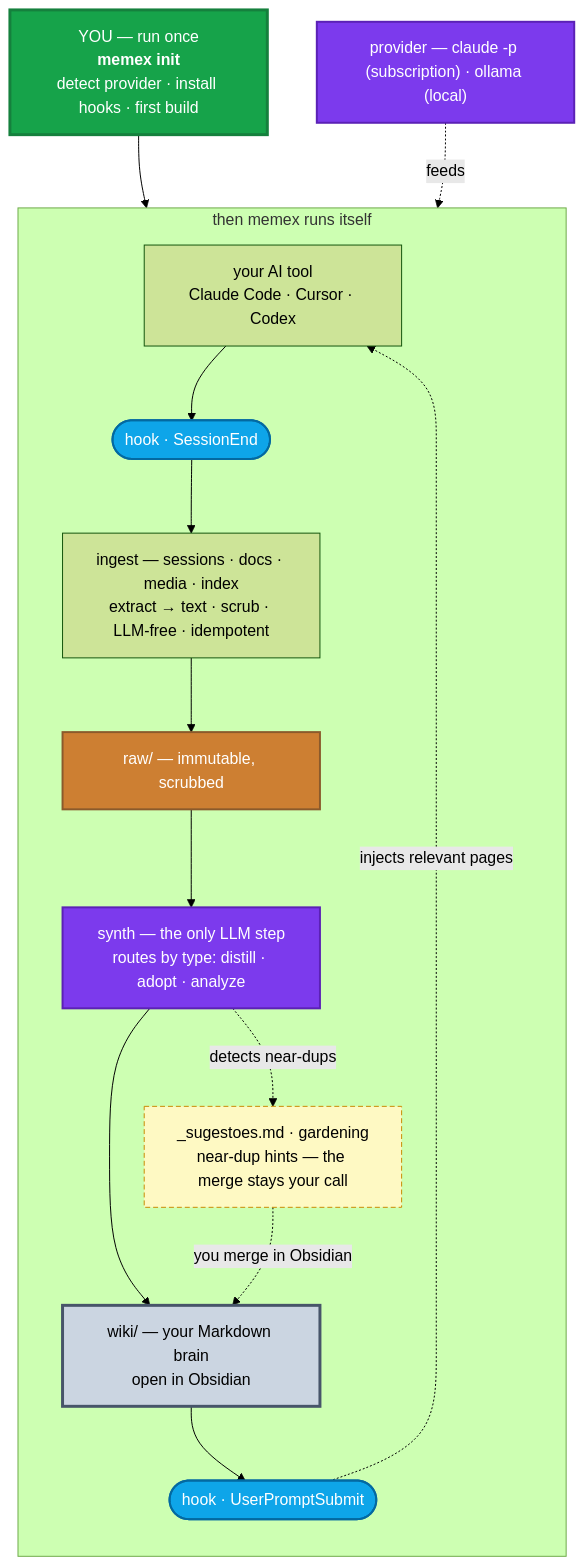
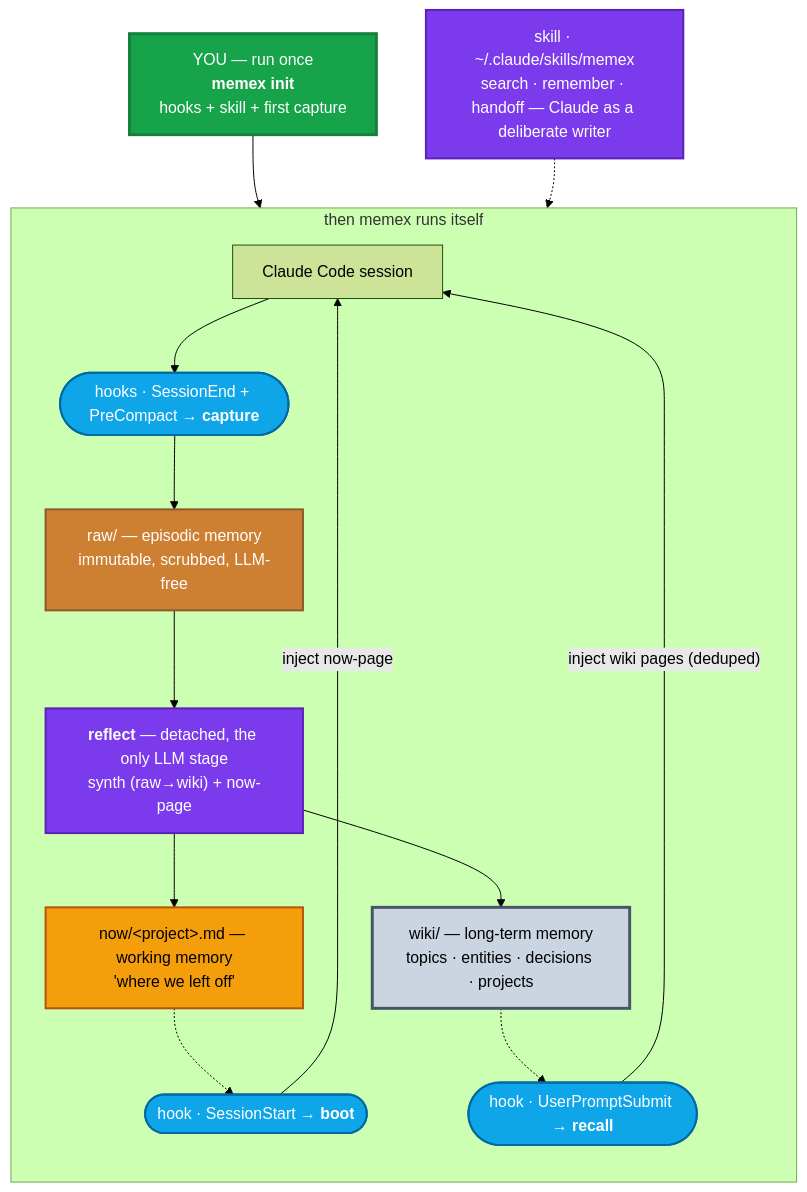
The diagram in README.md (GianCdM/memex), drawn with Mermaid (forest theme) before and after one commit. The commit also changed other lines of this file and 31 other files, not shown here.

First line of the commit message:
feat!: memex v2 — the active brain (working memory + full harness loop)

````diff
--- a/README.md
+++ b/README.md
@@ -27,32 +27,35 @@
 ```mermaid
 flowchart TB
   classDef you fill:#16a34a,color:#fff,stroke:#15803d,stroke-width:3px
   classDef hook fill:#0ea5e9,color:#fff,stroke:#0369a1,stroke-width:2px
   classDef llm fill:#7c3aed,color:#fff,stroke:#5b21b6,stroke-width:2px
   classDef bronze fill:#cd7f32,color:#fff,stroke:#8b5a2b,stroke-width:2px
   classDef wiki fill:#cbd5e1,color:#000,stroke:#475569,stroke-width:3px
-  classDef hint fill:#fef9c3,color:#000,stroke:#ca8a04,stroke-dasharray:5 3
+  classDef nowc fill:#f59e0b,color:#000,stroke:#b45309,stroke-width:2px
 
-  YOU["YOU — run once<br/><b>memex init</b><br/>detect provider · install hooks · first build"]:::you
+  YOU["YOU — run once<br/><b>memex init</b><br/>hooks + skill + first capture"]:::you
 
   subgraph AUTO["then memex runs itself"]
     direction TB
-    HARNESS["your AI tool<br/>Claude Code · Cursor · Codex"]
-    SE(["hook · SessionEnd"]):::hook
-    ING["ingest — sessions · docs · media · index<br/>extract → text · scrub · LLM-free · idempotent"]
-    RAW["raw/ — immutable, scrubbed"]:::bronze
-    SYN["synth — the only LLM step<br/>routes by type: distill · adopt · analyze"]:::llm
-    WIKI["wiki/ — your Markdown brain<br/>open in Obsidian"]:::wiki
-    UPS(["hook · UserPromptSubmit"]):::hook
-    SUG["_sugestoes.md · gardening<br/>near-dup hints — the merge stays your call"]:::hint
+    HARNESS["Claude Code session"]
+    BOOT(["hook · SessionStart → <b>boot</b>"]):::hook
+    RECALL(["hook · UserPromptSubmit → <b>recall</b>"]):::hook
+    CAP(["hooks · SessionEnd + PreCompact → <b>capture</b>"]):::hook
+    RAW["raw/ — episodic memory<br/>immutable, scrubbed, LLM-free"]:::bronze
+    REFL["<b>reflect</b> — detached, the only LLM stage<br/>synth (raw→wiki) + now-page"]:::llm
+    WIKI["wiki/ — long-term memory<br/>topics · entities · decisions · projects"]:::wiki
+    NOW["now/&lt;project&gt;.md — working memory<br/>'where we left off'"]:::nowc
 
-    HARNESS --> SE --> ING --> RAW --> SYN --> WIKI
-    WIKI --> UPS -. injects relevant pages .-> HARNESS
-    SYN -. detects near-dups .-> SUG -. you merge in Obsidian .-> WIKI
+    BOOT -- "inject now-page" --> HARNESS
+    RECALL -- "inject wiki pages (deduped)" --> HARNESS
+    HARNESS --> CAP --> RAW --> REFL
+    REFL --> WIKI
+    REFL --> NOW
+    NOW -.-> BOOT
+    WIKI -.-> RECALL
   end
 
-  PROV["provider — claude -p (subscription) · ollama (local)"]:::llm
-
+  SKILL["skill · ~/.claude/skills/memex<br/>search · remember · handoff — Claude as a deliberate writer"]:::llm
   YOU --> HARNESS
-  PROV -. feeds .-> SYN
+  SKILL -.-> HARNESS
 ```
````
